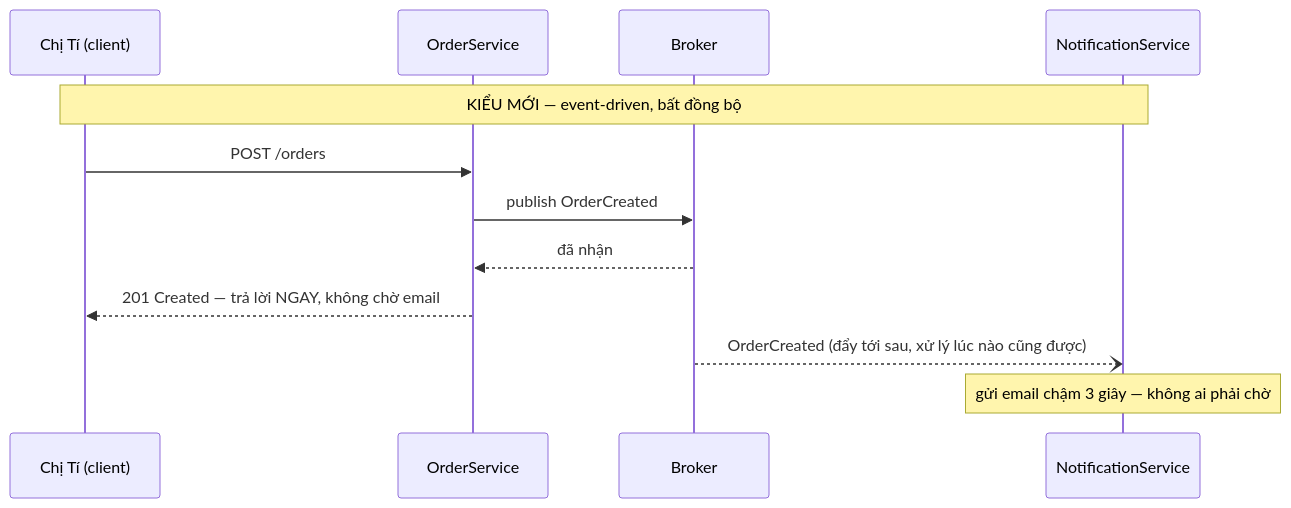
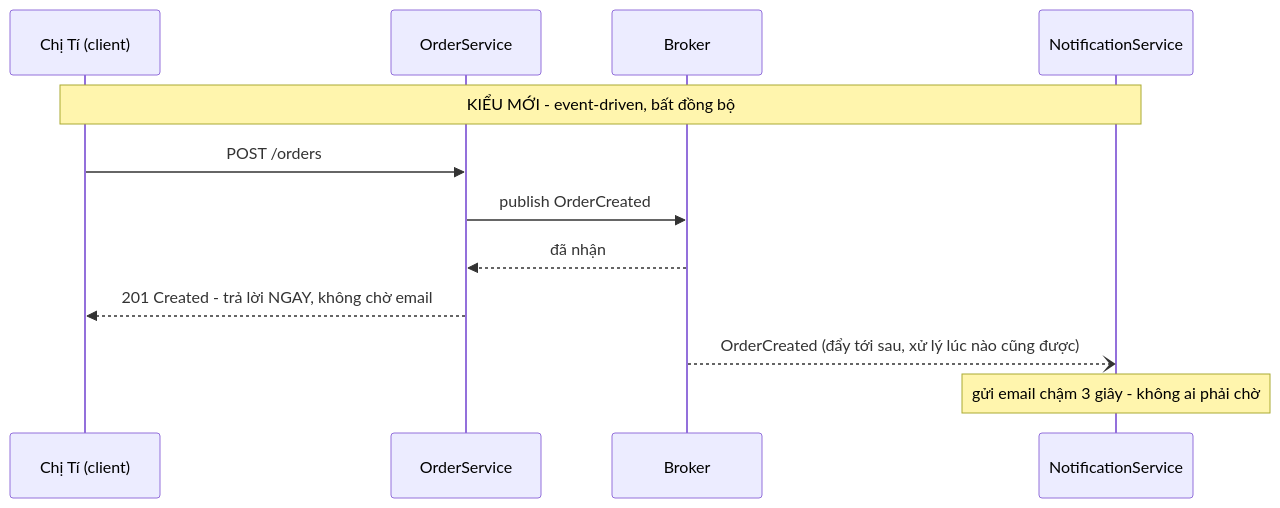
One commit to hieplam/memo changed the second of 4 diagrams in src/content/posts/event-driven-part-0-foundations-vi.md. Above: the diagram before and after it, drawn with Mermaid. The commit also changed other lines of this file and 131 other files, not shown here.

````diff
--- a/src/content/posts/event-driven-part-0-foundations-vi.md
+++ b/src/content/posts/event-driven-part-0-foundations-vi.md
@@ -45,14 +45,14 @@
 ```mermaid
 sequenceDiagram
   participant T as Chị Tí (client)
   participant O as OrderService
   participant B as Broker
   participant N as NotificationService
-  Note over T,N: KIỂU MỚI — event-driven, bất đồng bộ
+  Note over T,N: KIỂU MỚI - event-driven, bất đồng bộ
   T->>O: POST /orders
   O->>B: publish OrderCreated
   B-->>O: đã nhận
-  O-->>T: 201 Created — trả lời NGAY, không chờ email
+  O-->>T: 201 Created - trả lời NGAY, không chờ email
   B--)N: OrderCreated (đẩy tới sau, xử lý lúc nào cũng được)
-  Note over N: gửi email chậm 3 giây — không ai phải chờ
+  Note over N: gửi email chậm 3 giây - không ai phải chờ
 ```
````
